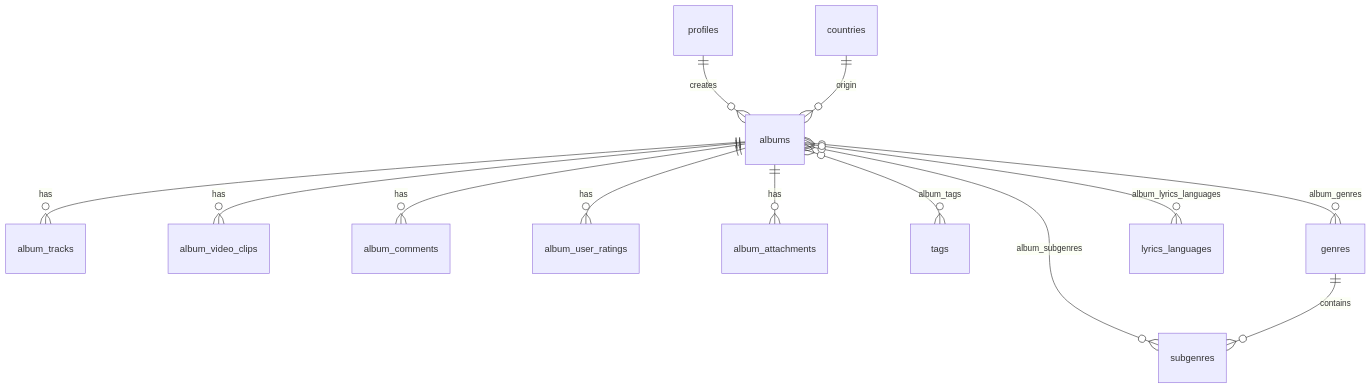
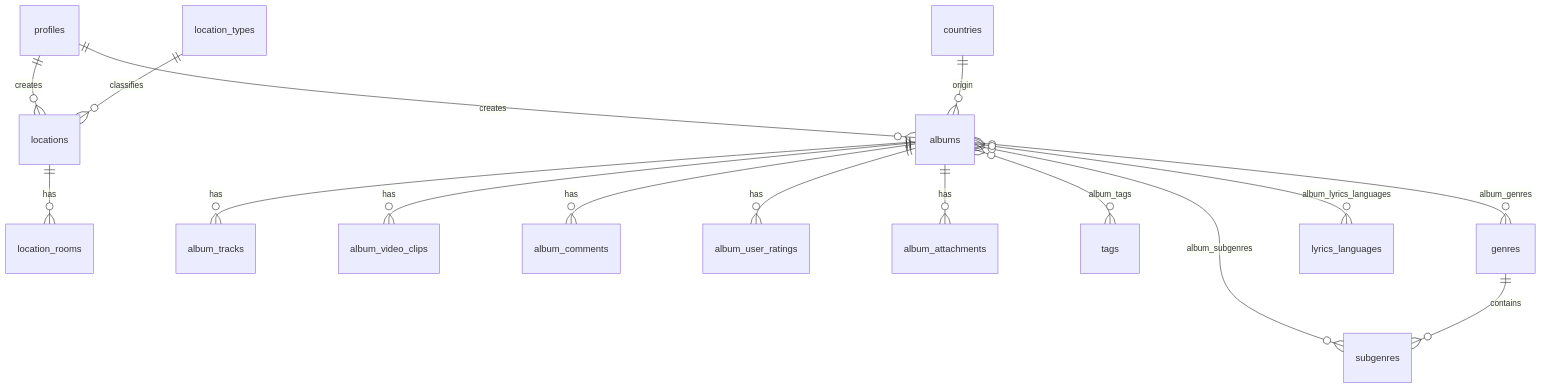
The diagram in supabase/schema/README.md (MINO-AUDITORIUMS/library), drawn with Mermaid before and after one commit. The commit also changed other lines of this file and 29 other files, not shown here.

Commit message:
feat: implement location types and locations API endpoints with CRUD operations

````diff
--- a/supabase/schema/README.md
+++ b/supabase/schema/README.md
@@ -68,15 +71,18 @@
 ```mermaid
 erDiagram
   profiles ||--o{ albums : creates
+  profiles ||--o{ locations : creates
+  location_types ||--o{ locations : classifies
+  locations ||--o{ location_rooms : has
   albums ||--o{ album_tracks : has
   albums ||--o{ album_video_clips : has
   albums ||--o{ album_comments : has
   albums ||--o{ album_user_ratings : has
   albums ||--o{ album_attachments : has
   albums }o--o{ tags : album_tags
   albums }o--o{ genres : album_genres
   albums }o--o{ subgenres : album_subgenres
   albums }o--o{ lyrics_languages : album_lyrics_languages
   genres ||--o{ subgenres : contains
   countries ||--o{ albums : origin
 ```
````
